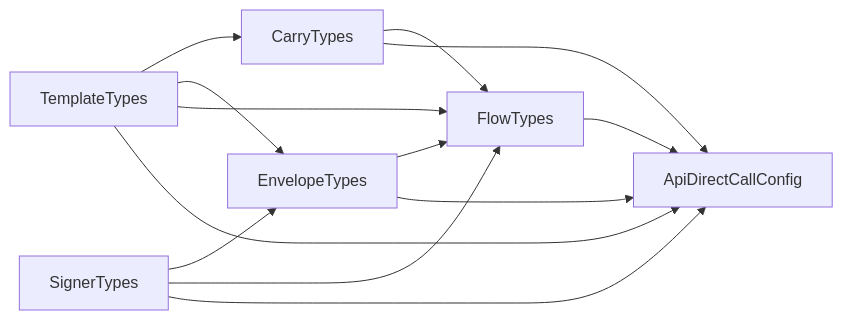
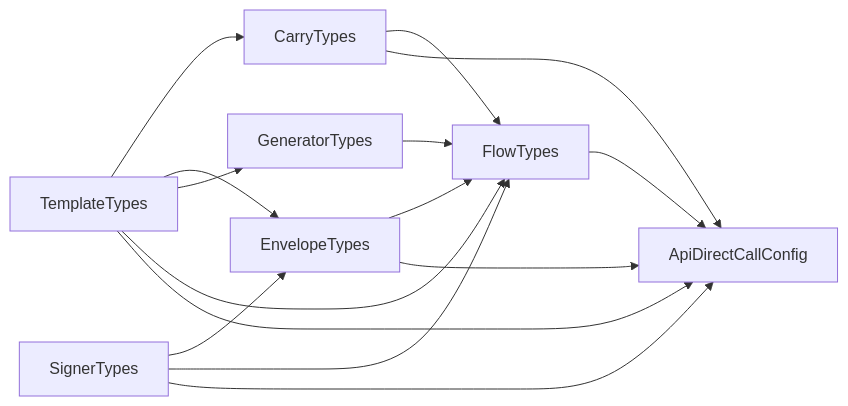
The diagram in docs/architecture/config-contracts.md (sergienko4/israeli-bank-scrapers), drawn with Mermaid before and after one commit. The commit also changed other lines of this file and 1 other file, not shown here.

First line of the commit message:
docs(api-direct): map generator and cert types

````diff
--- a/docs/architecture/config-contracts.md
+++ b/docs/architecture/config-contracts.md
@@ -30,21 +31,24 @@
 ```mermaid
 flowchart LR
     T[TemplateTypes]
     S[SignerTypes]
     C[CarryTypes]
     E[EnvelopeTypes]
+    G[GeneratorTypes]
     F[FlowTypes]
     A[ApiDirectCallConfig]
     T --> C
     T --> E
+    T --> G
     T --> F
     T --> A
     S --> E
     S --> F
     S --> A
     C --> F
     C --> A
     E --> F
     E --> A
+    G --> F
     F --> A
 ```
````
